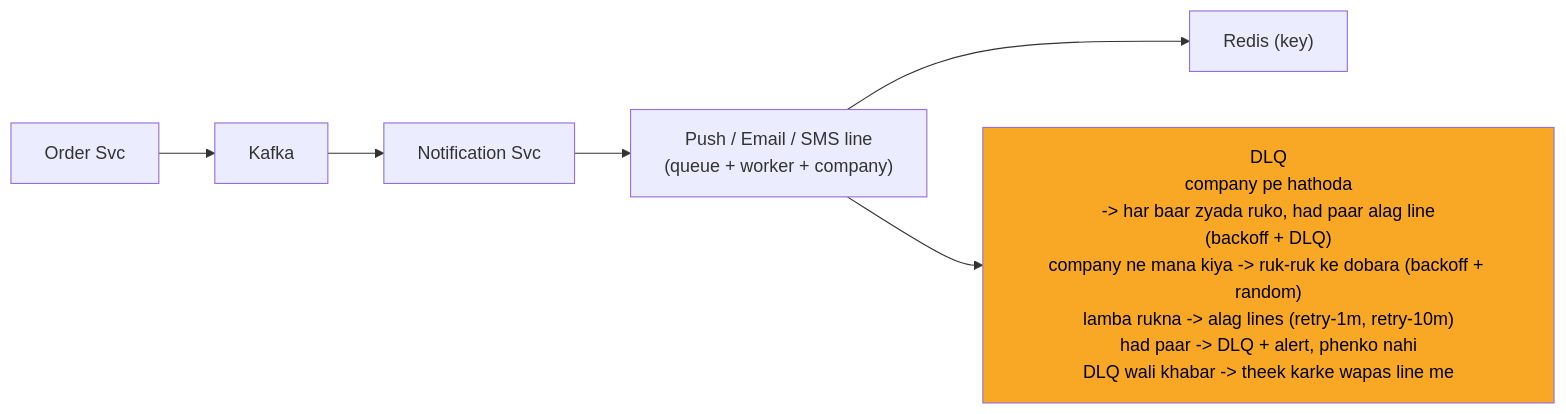
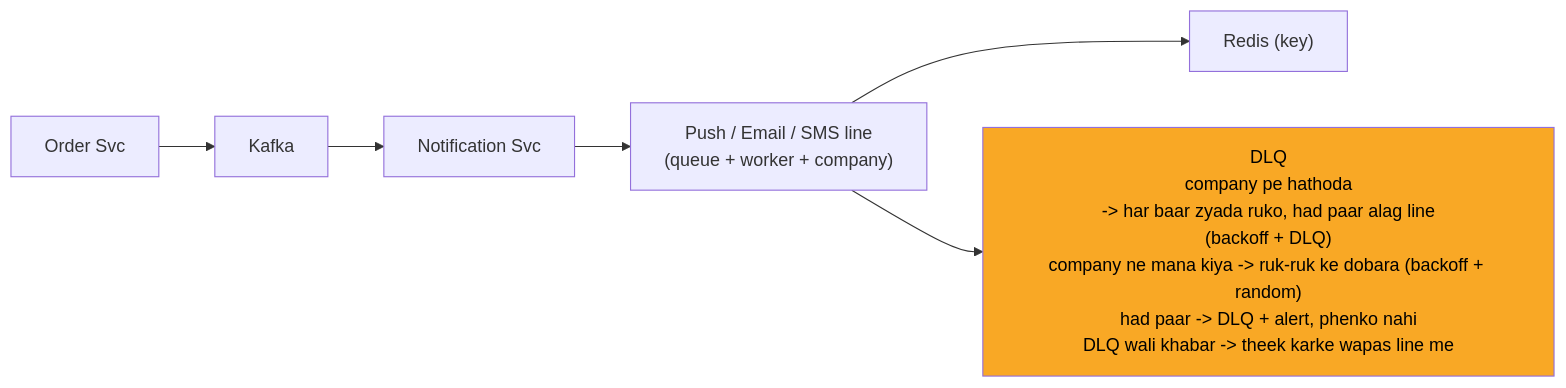
One commit to ArpanMaheshwari144/Prep changed the sixth of 13 diagrams in 04_HLD/SYSTEM_DESIGNS/04_notification_system/04_notification_system.md. Above: the diagram before and after it, drawn with Mermaid. The commit also changed other lines of this file and 13 other files, not shown here.

````diff
--- a/04_HLD/SYSTEM_DESIGNS/04_notification_system/04_notification_system.md
+++ b/04_HLD/SYSTEM_DESIGNS/04_notification_system/04_notification_system.md
@@ -249,16 +249,16 @@
 ```mermaid
 %%{init: {"flowchart": {"wrappingWidth": 450}}}%%
 flowchart LR
     n_Order_Svc["Order Svc"]
     n_Kafka["Kafka"]
     n_Notification_Svc["Notification Svc"]
     n_LINES["Push / Email / SMS line<br/>(queue + worker + company)"]
     n_Redis["Redis (key)"]
-    n_DLQ["DLQ<br/>company pe hathoda<br/>-> har baar zyada ruko, had paar alag line<br/>(backoff + DLQ)<br/>company ne mana kiya -> ruk-ruk ke dobara (backoff + random)<br/>lamba rukna -> alag lines (retry-1m, retry-10m)<br/>had paar -> DLQ + alert, phenko nahi<br/>DLQ wali khabar -> theek karke wapas line me"]
+    n_DLQ["DLQ<br/>company pe hathoda<br/>-> har baar zyada ruko, had paar alag line<br/>(backoff + DLQ)<br/>company ne mana kiya -> ruk-ruk ke dobara (backoff + random)<br/>had paar -> DLQ + alert, phenko nahi<br/>DLQ wali khabar -> theek karke wapas line me"]
     n_Order_Svc --> n_Kafka
     n_Kafka --> n_Notification_Svc
     n_Notification_Svc --> n_LINES
     n_LINES --> n_Redis
     n_LINES --> n_DLQ
     style n_DLQ fill:#f9a825,color:#000
 ```
````
